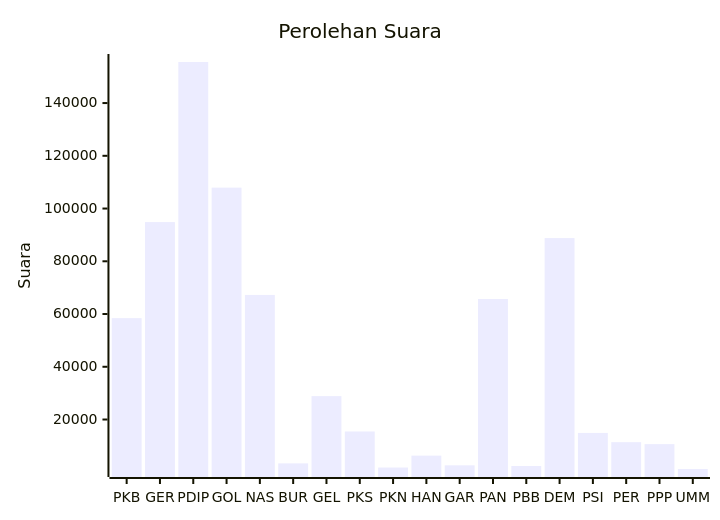
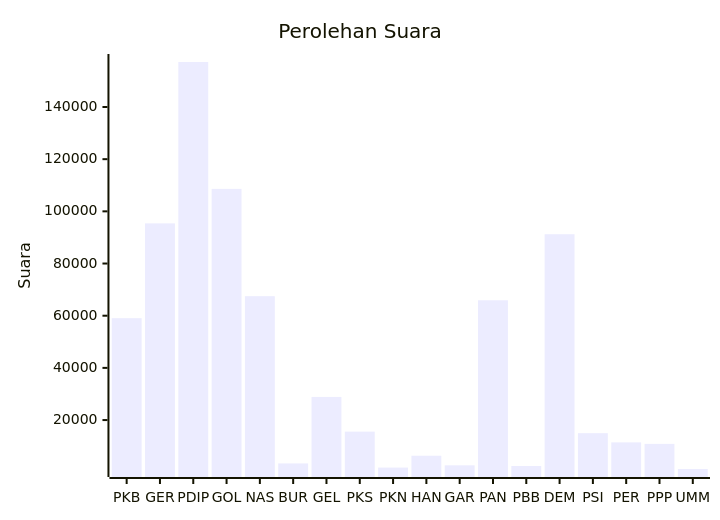
The diagram in pileg-dpr/hitung-suara/sub/table-wilayah-62.md (gigit-pemilu/pemilu-2024), drawn with Mermaid before and after one commit. The commit also changed other lines of this file and 24 other files, not shown here.

````diff
--- a/pileg-dpr/hitung-suara/sub/table-wilayah-62.md
+++ b/pileg-dpr/hitung-suara/sub/table-wilayah-62.md
@@ -7,7 +7,7 @@
 ```mermaid
 xychart-beta
     title "Perolehan Suara"
     x-axis [PKB, GER, PDIP, GOL, NAS, BUR, GEL, PKS, PKN, HAN, GAR, PAN, PBB, DEM, PSI, PER, PPP, UMM]
     y-axis "Suara"
-    bar [58447, 94875, 155569, 107939, 67248, 3365, 28871, 15463, 1789, 6302, 2636, 65706, 2375, 88799, 14917, 11414, 10662, 1235]
+    bar [59059, 95387, 157246, 108613, 67475, 3385, 28872, 15567, 1795, 6329, 2653, 65918, 2406, 91238, 14976, 11447, 10865, 1241]
 ```
````
